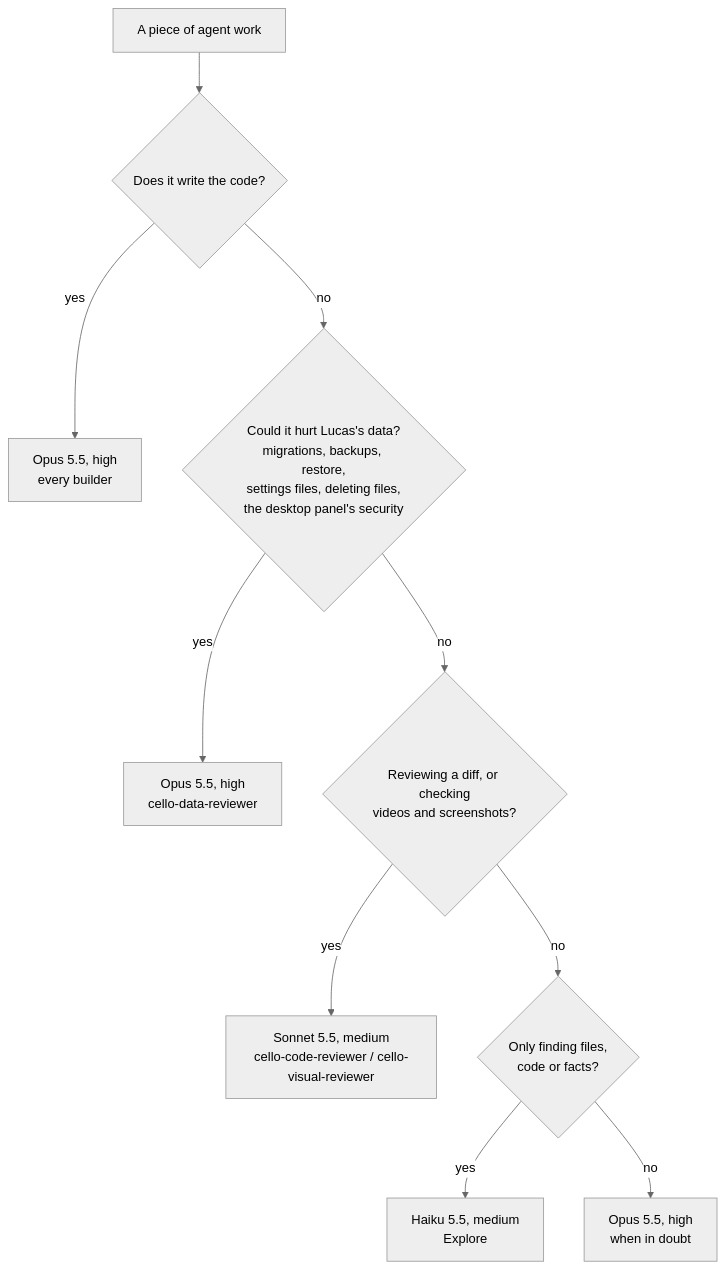
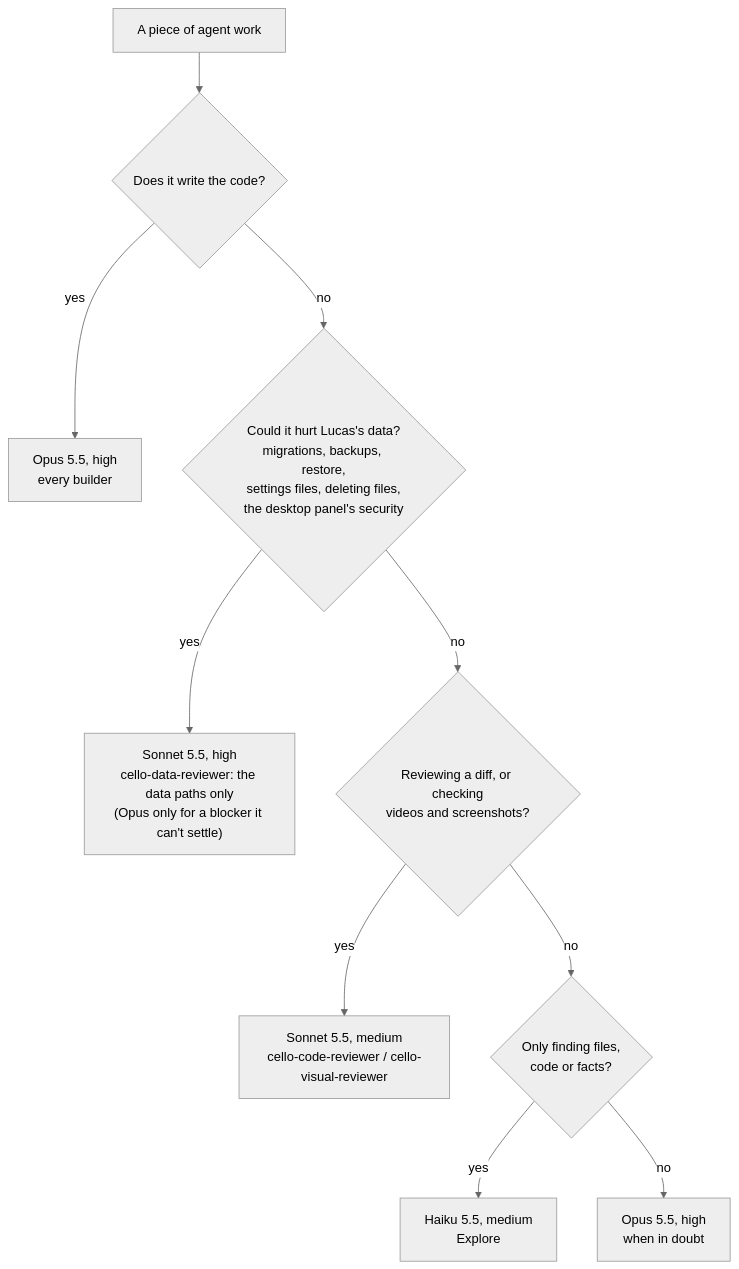
Before and after one commit to lnmunhoz/cello: the diagram in docs/models.md, drawn with Mermaid (neutral theme). The commit also changed other lines of this file and 3 other files, not shown here.

Commit message:
docs(agents): the data reviewer is Sonnet at high effort and checks only the data paths; Opus only for a blocker it can't settle

````diff
--- a/docs/models.md
+++ b/docs/models.md
@@ -28,12 +30,12 @@
 ```mermaid
 flowchart TD
     A["A piece of agent work"] --> B{"Does it write the code?"}
     B -->|yes| O1["Opus 5.5, high<br/>every builder"]
     B -->|no| C{"Could it hurt Lucas's data?<br/>migrations, backups, restore,<br/>settings files, deleting files,<br/>the desktop panel's security"}
-    C -->|yes| O2["Opus 5.5, high<br/>cello-data-reviewer"]
+    C -->|yes| O2["Sonnet 5.5, high<br/>cello-data-reviewer: the data paths only<br/>(Opus only for a blocker it can't settle)"]
     C -->|no| D{"Reviewing a diff, or checking<br/>videos and screenshots?"}
     D -->|yes| S["Sonnet 5.5, medium<br/>cello-code-reviewer / cello-visual-reviewer"]
     D -->|no| E{"Only finding files,<br/>code or facts?"}
     E -->|yes| H["Haiku 5.5, medium<br/>Explore"]
     E -->|no| O3["Opus 5.5, high<br/>when in doubt"]
 ```
````
